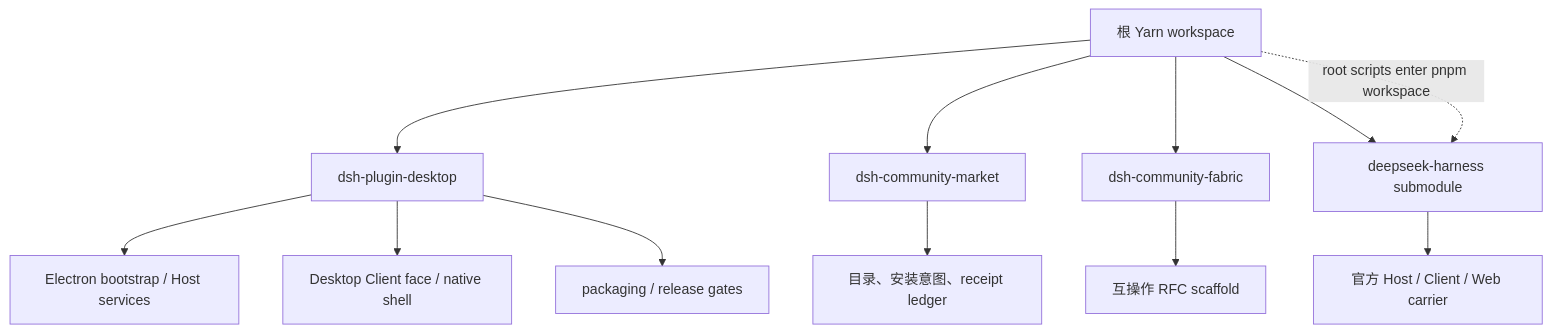
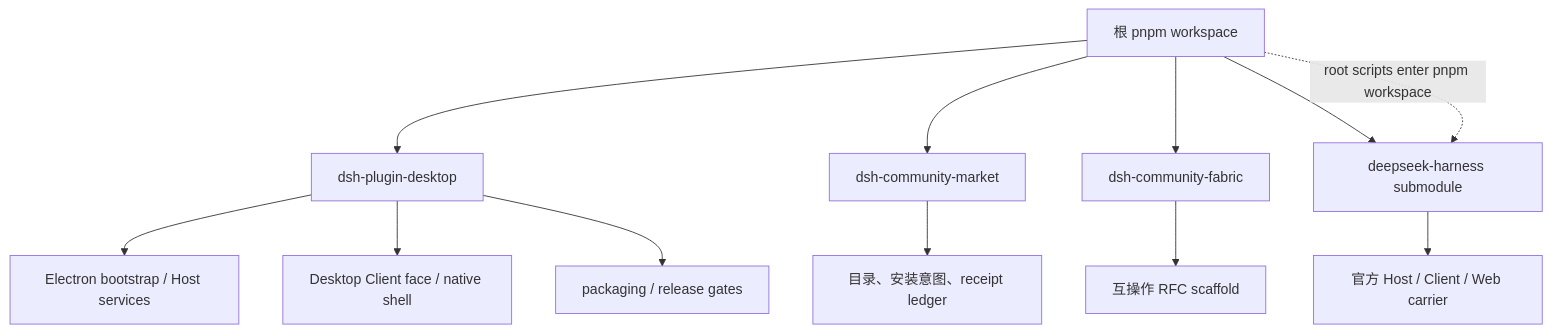
The second of 11 diagrams in .agents/notes/proposed/architecture/2026-08-19-desktop-system-architecture-atlas.zh.md (AngusFan-GH/ClawClaw), drawn with Mermaid before and after one commit. The commit also changed other lines of this file and 82 other files, not shown here.

Commit message:
chore: migrate workspace to pnpm

````diff
--- a/.agents/notes/proposed/architecture/2026-08-19-desktop-system-architecture-atlas.zh.md
+++ b/.agents/notes/proposed/architecture/2026-08-19-desktop-system-architecture-atlas.zh.md
@@ -40,14 +40,14 @@
 ```mermaid
 flowchart TB
-  Root[根 Yarn workspace] --> DesktopPkg[dsh-plugin-desktop]
+  Root[根 pnpm workspace] --> DesktopPkg[dsh-plugin-desktop]
   Root --> Market[dsh-community-market]
   Root --> Fabric[dsh-community-fabric]
   Root --> Upstream[deepseek-harness submodule]
   DesktopPkg --> Main[Electron bootstrap / Host services]
   DesktopPkg --> Client[Desktop Client face / native shell]
   DesktopPkg --> Packaging[packaging / release gates]
   Market --> Catalog[目录、安装意图、receipt ledger]
   Fabric --> RFC[互操作 RFC scaffold]
   Upstream --> Official[官方 Host / Client / Web carrier]
   Root -. root scripts enter pnpm workspace .-> Upstream
 ```
````
